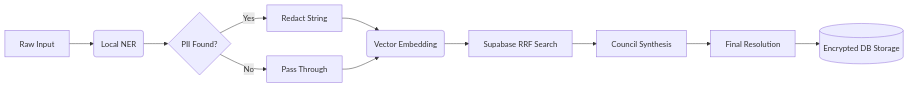
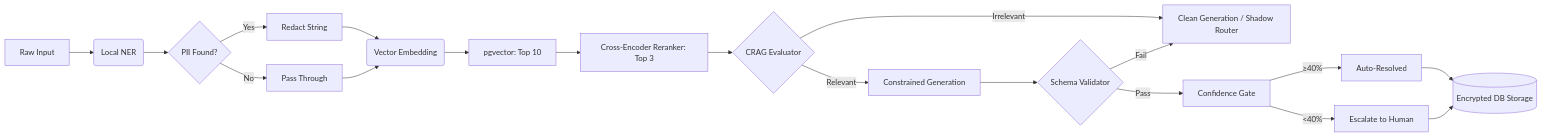
One commit to bitbroke/NASSCOM-helpdesk changed the third of 5 diagrams in PROJECT_DESCRIPTION.md. Above: the diagram before and after it, drawn with Mermaid. The commit also changed other lines of this file and 43 other files, not shown here.

````diff
--- a/PROJECT_DESCRIPTION.md
+++ b/PROJECT_DESCRIPTION.md
@@ -121,12 +172,19 @@
 ```mermaid
 flowchart LR
     A[Raw Input] --> B(Local NER)
     B --> C{PII Found?}
     C -->|Yes| D[Redact String]
     C -->|No| E[Pass Through]
     D & E --> F(Vector Embedding)
-    F --> G[Supabase RRF Search]
-    G --> H[Council Synthesis]
-    H --> I[Final Resolution]
-    I --> J[(Encrypted DB Storage)]
+    F --> G[pgvector: Top 10]
+    G --> H[Cross-Encoder Reranker: Top 3]
+    H --> I{CRAG Evaluator}
+    I -->|Relevant| J[Constrained Generation]
+    I -->|Irrelevant| K[Clean Generation / Shadow Router]
+    J --> L{Schema Validator}
+    L -->|Pass| M[Confidence Gate]
+    L -->|Fail| K
+    M -->|≥40%| N[Auto-Resolved]
+    M -->|<40%| O[Escalate to Human]
+    N & O --> P[(Encrypted DB Storage)]
 ```
````
